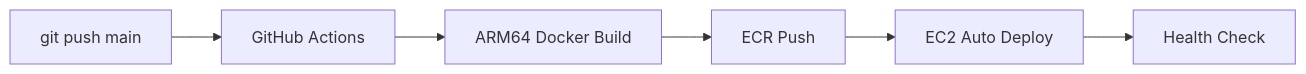
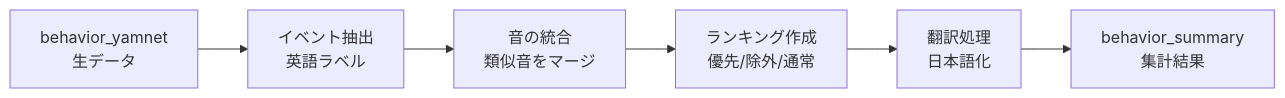
Before and after one commit to hey-watchme/api-behavior-analysis-aggregator: the diagram in README.md, drawn with Mermaid. The commit also changed other lines of this file and 4 other files, not shown here.

````diff
--- a/README.md
+++ b/README.md
@@ -140,8 +17,8 @@
 ```mermaid
 graph LR
-    A[git push main] --> B[GitHub Actions]
-    B --> C[ARM64 Docker Build]
-    C --> D[ECR Push]
-    D --> E[EC2 Auto Deploy]
-    E --> F[Health Check]
+    A[behavior_yamnet<br/>生データ] --> B[イベント抽出<br/>英語ラベル]
+    B --> C[音の統合<br/>類似音をマージ]
+    C --> D[ランキング作成<br/>優先/除外/通常]
+    D --> E[翻訳処理<br/>日本語化]
+    E --> F[behavior_summary<br/>集計結果]
 ```
````
